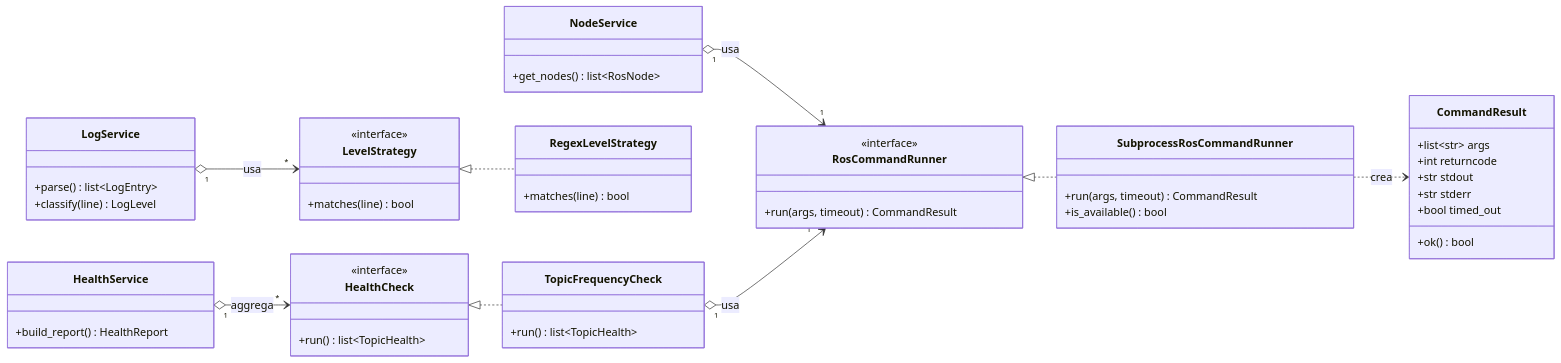
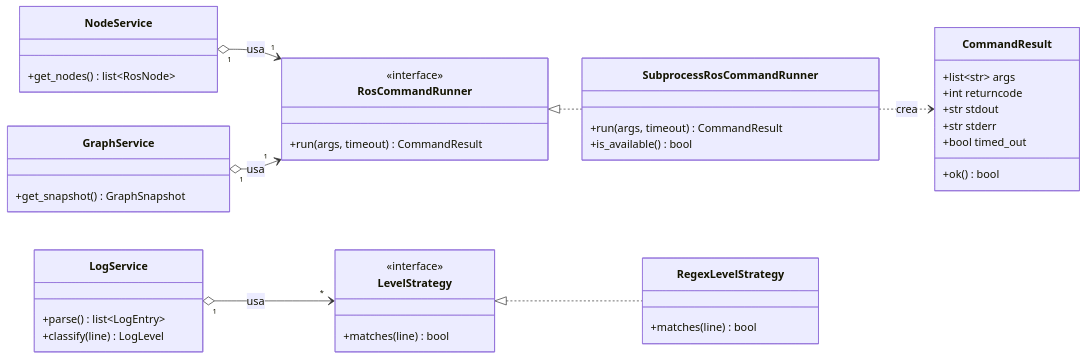
One commit to samuele-brusegan/combo-debug changed the diagram in docs/backend/design.md. Above: the diagram before and after it, drawn with Mermaid. The commit also changed other lines of this file and 48 other files, not shown here.

````diff
--- a/docs/backend/design.md
+++ b/docs/backend/design.md
@@ -7,58 +7,48 @@
 ```mermaid
 classDiagram
     direction LR
 
     class RosCommandRunner {
         <<interface>>
         +run(args, timeout) CommandResult
     }
     class SubprocessRosCommandRunner {
         +run(args, timeout) CommandResult
         +is_available() bool
     }
     class CommandResult {
         +list~str~ args
         +int returncode
         +str stdout
         +str stderr
         +bool timed_out
         +ok() bool
     }
 
-    class HealthCheck {
-        <<interface>>
-        +run() list~TopicHealth~
-    }
-    class TopicFrequencyCheck {
-        +run() list~TopicHealth~
-    }
-
     class LevelStrategy {
         <<interface>>
         +matches(line) bool
     }
     class RegexLevelStrategy {
         +matches(line) bool
     }
 
     class NodeService {
         +get_nodes() list~RosNode~
     }
-    class HealthService {
-        +build_report() HealthReport
+    class GraphService {
+        +get_snapshot() GraphSnapshot
     }
     class LogService {
         +parse() list~LogEntry~
         +classify(line) LogLevel
     }
 
     RosCommandRunner <|.. SubprocessRosCommandRunner
     SubprocessRosCommandRunner ..> CommandResult : crea
-    HealthCheck <|.. TopicFrequencyCheck
     LevelStrategy <|.. RegexLevelStrategy
 
     NodeService "1" o--> "1" RosCommandRunner : usa
-    TopicFrequencyCheck "1" o--> "1" RosCommandRunner : usa
-    HealthService "1" o--> "*" HealthCheck : aggrega
+    GraphService "1" o--> "1" RosCommandRunner : usa
     LogService "1" o--> "*" LevelStrategy : usa
 ```
````
